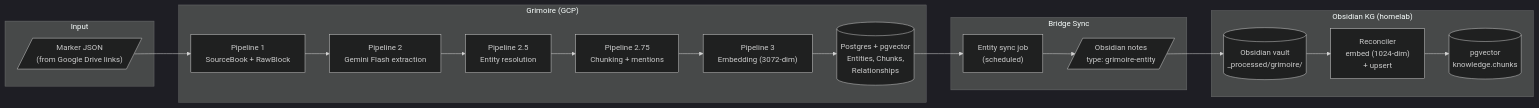
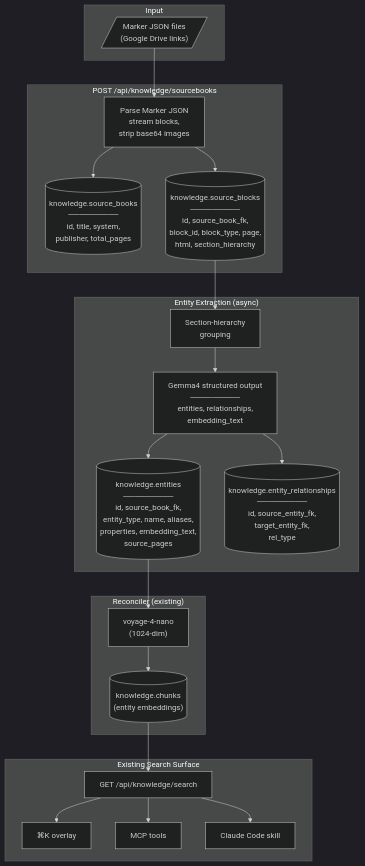
One commit to jomcgi/homelab changed the diagram in docs/decisions/services/004-dnd-sourcebook-knowledge-integration.md. Above: the diagram before and after it, drawn with Mermaid (dark theme). The commit also changed other lines of this file, not shown here.

````diff
--- a/docs/decisions/services/004-dnd-sourcebook-knowledge-integration.md
+++ b/docs/decisions/services/004-dnd-sourcebook-knowledge-integration.md
@@ -82,26 +59,31 @@
 ```mermaid
-graph LR
+graph TD
     subgraph Input
-        PDF[/"Marker JSON<br>(from Google Drive links)"/]
+        MJ[/"Marker JSON files<br>(Google Drive links)"/]
     end
 
-    subgraph Grimoire["Grimoire (GCP)"]
-        PDF --> P1["Pipeline 1<br>SourceBook + RawBlock"]
-        P1 --> P2["Pipeline 2<br>Gemini Flash extraction"]
-        P2 --> P25["Pipeline 2.5<br>Entity resolution"]
-        P25 --> P275["Pipeline 2.75<br>Chunking + mentions"]
-        P275 --> P3["Pipeline 3<br>Embedding (3072-dim)"]
-        P3 --> GDB[("Postgres + pgvector<br>Entities, Chunks,<br>Relationships")]
+    subgraph Ingest["POST /api/knowledge/sourcebooks"]
+        MJ --> Parse["Parse Marker JSON<br>stream blocks,<br>strip base64 images"]
+        Parse --> SB[("knowledge.source_books<br>─────────<br>id, title, system,<br>publisher, total_pages")]
+        Parse --> Blocks[("knowledge.source_blocks<br>─────────<br>id, source_book_fk,<br>block_id, block_type, page,<br>html, section_hierarchy")]
     end
 
-    subgraph Bridge["Bridge Sync"]
-        GDB --> Sync["Entity sync job<br>(scheduled)"]
-        Sync --> Notes[/"Obsidian notes<br>type: grimoire-entity"/]
+    subgraph Extract["Entity Extraction (async)"]
+        Blocks --> Group["Section-hierarchy<br>grouping"]
+        Group --> Gemma["Gemma4 structured output<br>─────────<br>entities, relationships,<br>embedding_text"]
+        Gemma --> Ent[("knowledge.entities<br>─────────<br>id, source_book_fk,<br>entity_type, name, aliases,<br>properties, embedding_text,<br>source_pages")]
+        Gemma --> Rel[("knowledge.entity_relationships<br>─────────<br>id, source_entity_fk,<br>target_entity_fk,<br>rel_type")]
     end
 
-    subgraph Homelab["Obsidian KG (homelab)"]
-        Notes --> Vault[("Obsidian vault<br>_processed/grimoire/")]
-        Vault --> Reconciler["Reconciler<br>embed (1024-dim)<br>+ upsert"]
-        Reconciler --> PGV[("pgvector<br>knowledge.chunks")]
+    subgraph Embed["Reconciler (existing)"]
+        Ent --> Voyage["voyage-4-nano<br>(1024-dim)"]
+        Voyage --> PGV[("knowledge.chunks<br>(entity embeddings)")]
+    end
+
+    subgraph Query["Existing Search Surface"]
+        PGV --> Search["GET /api/knowledge/search"]
+        Search --> CmdK["⌘K overlay"]
+        Search --> MCP["MCP tools"]
+        Search --> Skill["Claude Code skill"]
     end
 ```
````
